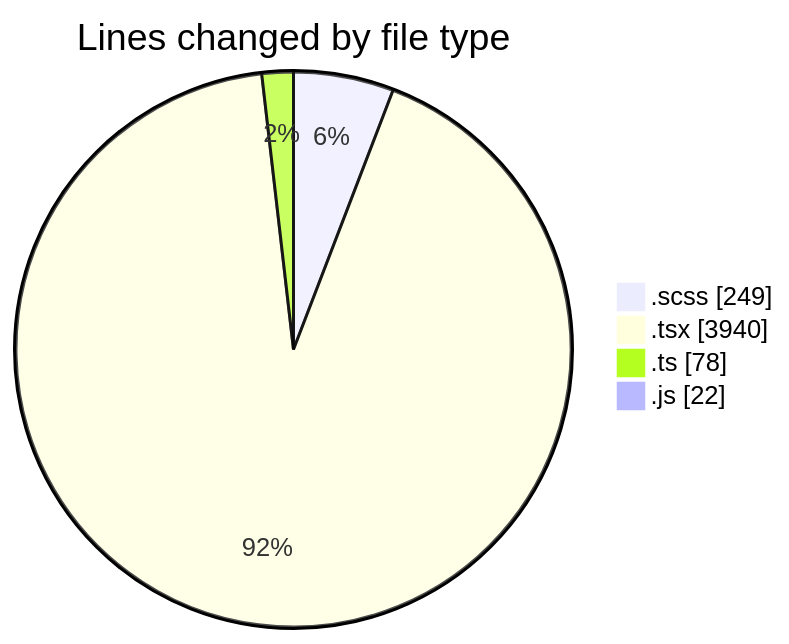
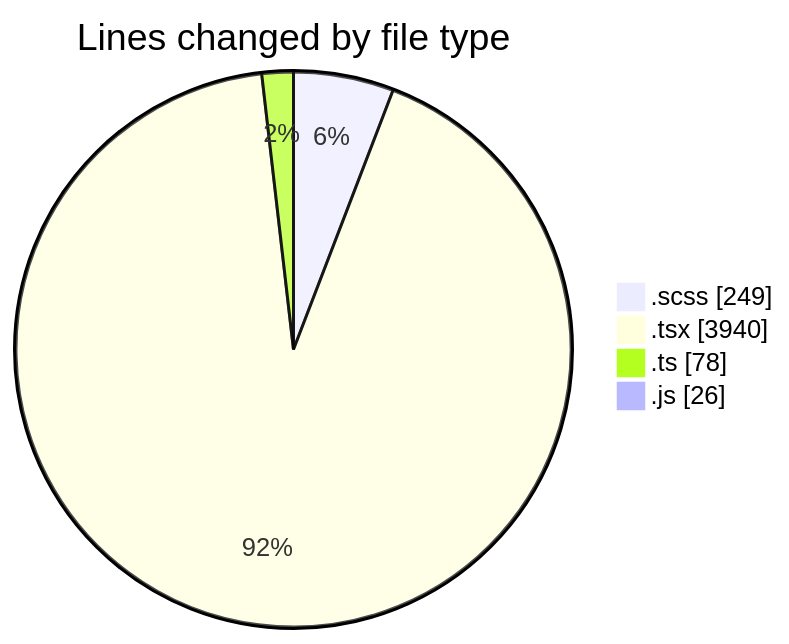
One commit to momahboobian/code-tracking changed the first of 2 diagrams in 2025-09-26/cda/README.md. Above: the diagram before and after it, drawn with Mermaid. The commit also changed other lines of this file and 1 other file, not shown here.

````diff
--- a/2025-09-26/cda/README.md
+++ b/2025-09-26/cda/README.md
@@ -26,8 +26,8 @@
 ```mermaid
 pie showData
 title Lines changed by file type
 ".scss" : 249
 ".tsx" : 3940
 ".ts" : 78
-".js" : 22
+".js" : 26
 ```
````
